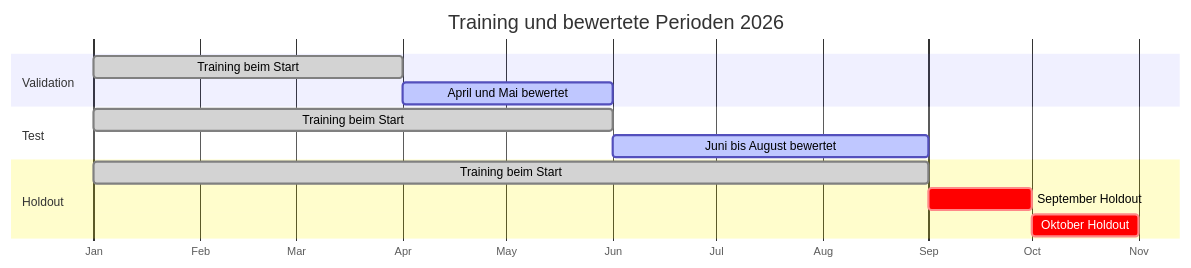
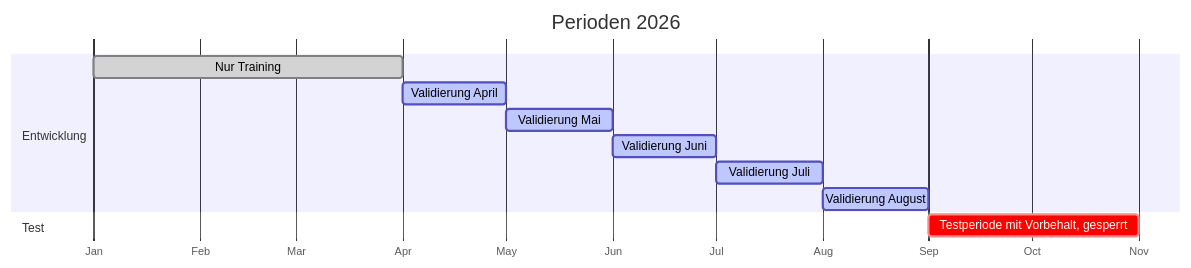
Before and after one commit to ibidreli/energy_price_prediction: the first of 4 diagrams in docs/training_pipeline.md, drawn with Mermaid. The commit also changed other lines of this file, not shown here.

Commit message:
Document the daily walk-forward pipeline concept with diagrams and sources (#47)

````diff
--- a/docs/training_pipeline.md
+++ b/docs/training_pipeline.md
@@ -22,20 +9,17 @@
 ```mermaid
 gantt
-    title Training und bewertete Perioden 2026
+    title Perioden 2026
     dateFormat YYYY-MM-DD
+    todayMarker off
     axisFormat %b
     tickInterval 1month
-
-    section Validation
-    Training beim Start      :done, 2026-01-01, 2026-04-01
-    April und Mai bewertet   :active, 2026-04-01, 2026-06-01
-
+    section Entwicklung
+    Nur Training         :done, 2026-01-01, 2026-04-01
+    Validierung April    :active, 2026-04-01, 2026-05-01
+    Validierung Mai      :active, 2026-05-01, 2026-06-01
+    Validierung Juni     :active, 2026-06-01, 2026-07-01
+    Validierung Juli     :active, 2026-07-01, 2026-08-01
+    Validierung August   :active, 2026-08-01, 2026-09-01
     section Test
-    Training beim Start      :done, 2026-01-01, 2026-06-01
-    Juni bis August bewertet :active, 2026-06-01, 2026-09-01
-
-    section Holdout
-    Training beim Start      :done, 2026-01-01, 2026-09-01
-    September Holdout        :crit, 2026-09-01, 2026-10-01
-    Oktober Holdout          :crit, 2026-10-01, 2026-11-01
+    Testperiode mit Vorbehalt, gesperrt :crit, 2026-09-01, 2026-11-01
 ```
````
